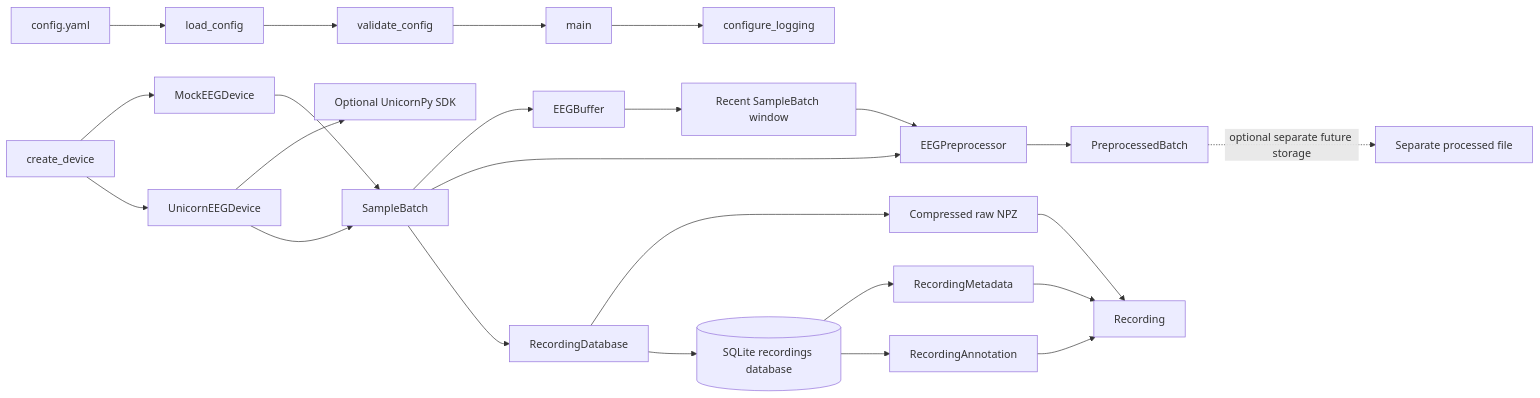
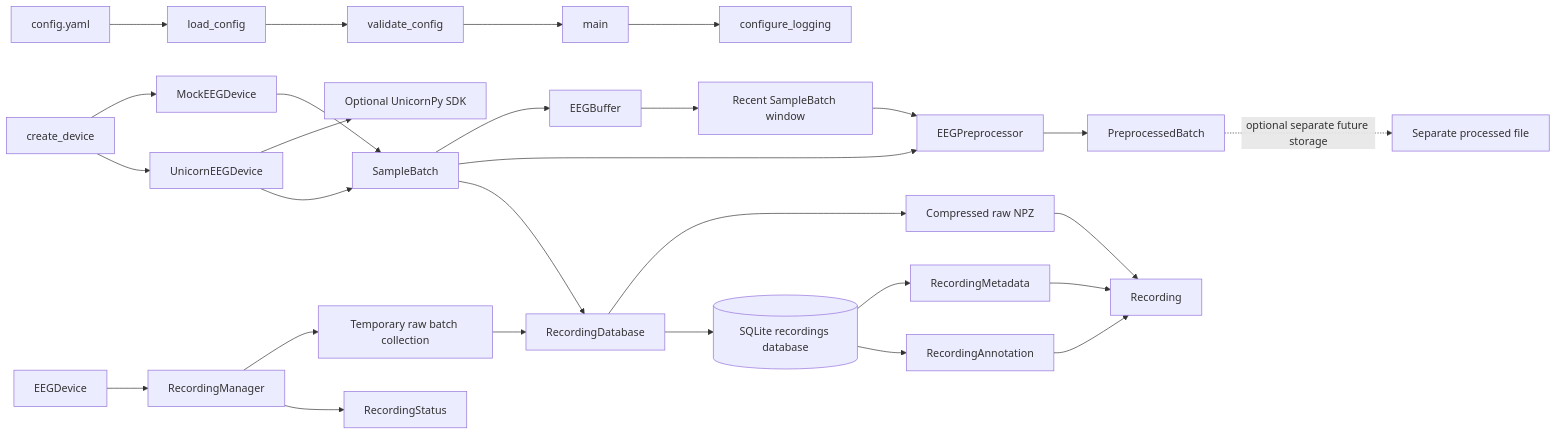
One commit to rohanchakra16/oxford-hack changed the diagram in docs/ARCHITECTURE.md. Above: the diagram before and after it, drawn with Mermaid. The commit also changed other lines of this file and 5 other files, not shown here.

Commit message:
feat: implement EEG recording lifecycle manager [Copilot]

````diff
--- a/docs/ARCHITECTURE.md
+++ b/docs/ARCHITECTURE.md
@@ -8,30 +8,35 @@
 ```mermaid
 flowchart LR
     Config[config.yaml] --> Load[load_config]
     Load --> Validate[validate_config]
     Validate --> Main[main]
     Main --> Logging[configure_logging]
 
     Factory[create_device] --> Mock[MockEEGDevice]
     Factory --> Unicorn[UnicornEEGDevice]
     Unicorn --> SDK[Optional UnicornPy SDK]
     Mock --> Batch[SampleBatch]
     Unicorn --> Batch
 
     Batch --> Buffer[EEGBuffer]
     Buffer --> Window[Recent SampleBatch window]
     Batch --> Pre[EEGPreprocessor]
     Window --> Pre
     Pre --> Processed[PreprocessedBatch]
 
     Batch --> DB[RecordingDatabase]
     DB --> Raw[Compressed raw NPZ]
     DB --> SQLite[(SQLite recordings database)]
     SQLite --> Meta[RecordingMetadata]
     SQLite --> Annotation[RecordingAnnotation]
     Meta --> Recording[Recording]
     Raw --> Recording
     Annotation --> Recording
 
+    Device[EEGDevice] --> Manager[RecordingManager]
+    Manager --> Temp[Temporary raw batch collection]
+    Temp --> DB
+    Manager --> Status[RecordingStatus]
+
     Processed -. optional separate future storage .-> ProcessedFile[Separate processed file]
 ```
````
